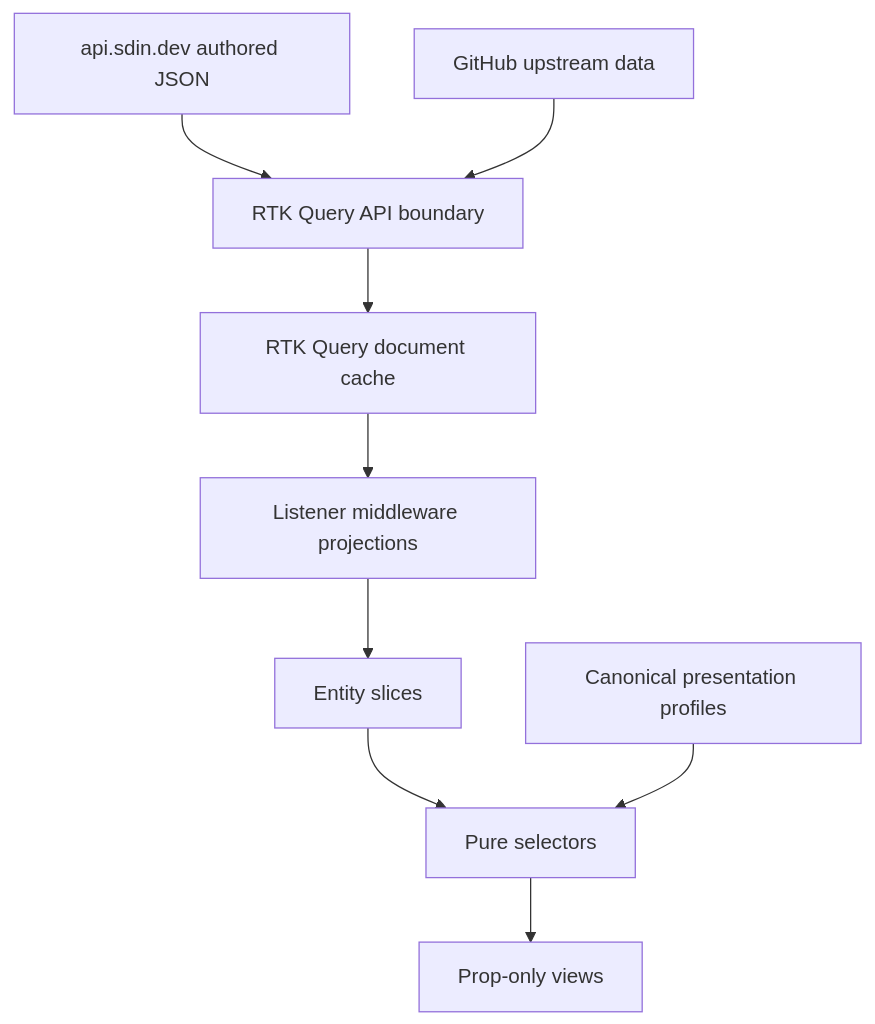
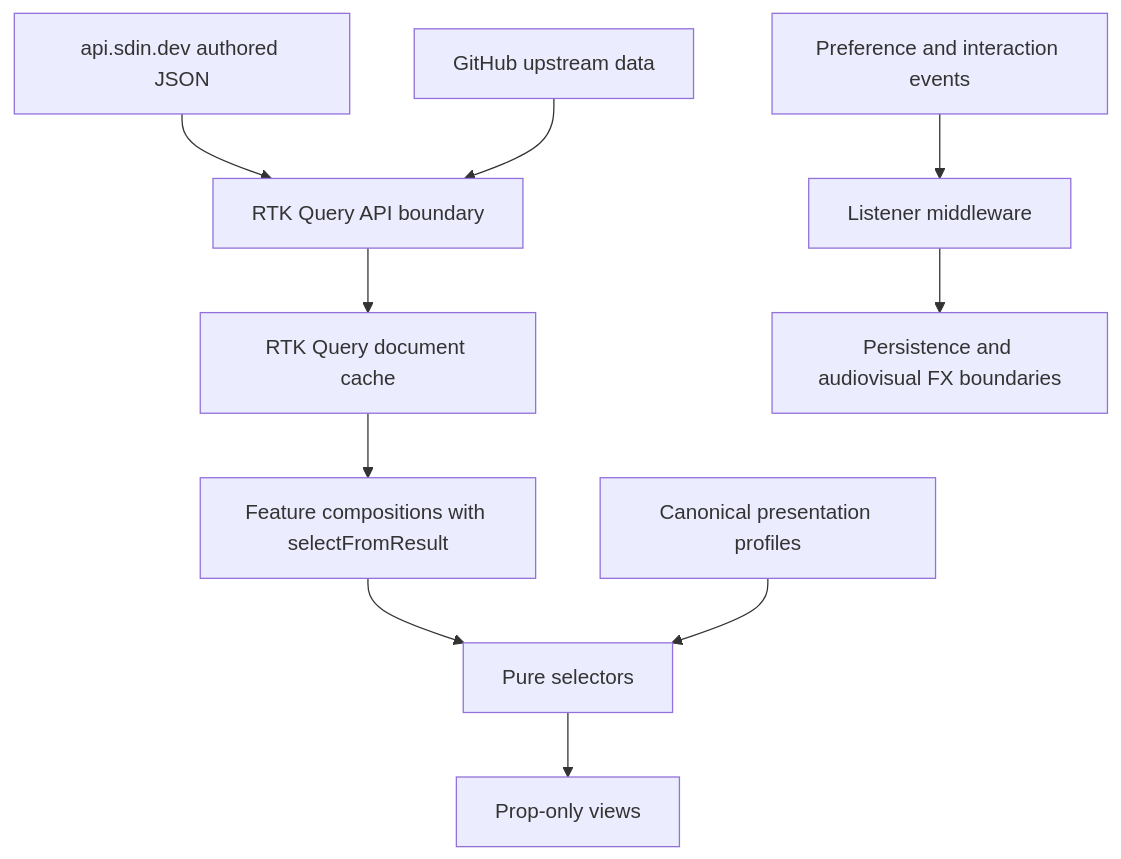
The diagram in DOCS/data-flow.mermaid (seandinwiddie/portfolio), drawn with Mermaid before and after one commit. The commit also changed 316 other files, not shown here.

```diff
--- a/DOCS/data-flow.mermaid
+++ b/DOCS/data-flow.mermaid
@@ -1,9 +1,10 @@
 flowchart TD
     A["api.sdin.dev authored JSON"] --> B["RTK Query API boundary"]
     G["GitHub upstream data"] --> B
     B --> C["RTK Query document cache"]
-    C --> D["Listener middleware projections"]
-    D --> E["Entity slices"]
-    E --> F["Pure selectors"]
+    C --> D["Feature compositions with selectFromResult"]
+    D --> F["Pure selectors"]
     F --> H["Prop-only views"]
     I["Canonical presentation profiles"] --> F
+    J["Preference and interaction events"] --> K["Listener middleware"]
+    K --> L["Persistence and audiovisual FX boundaries"]
```
